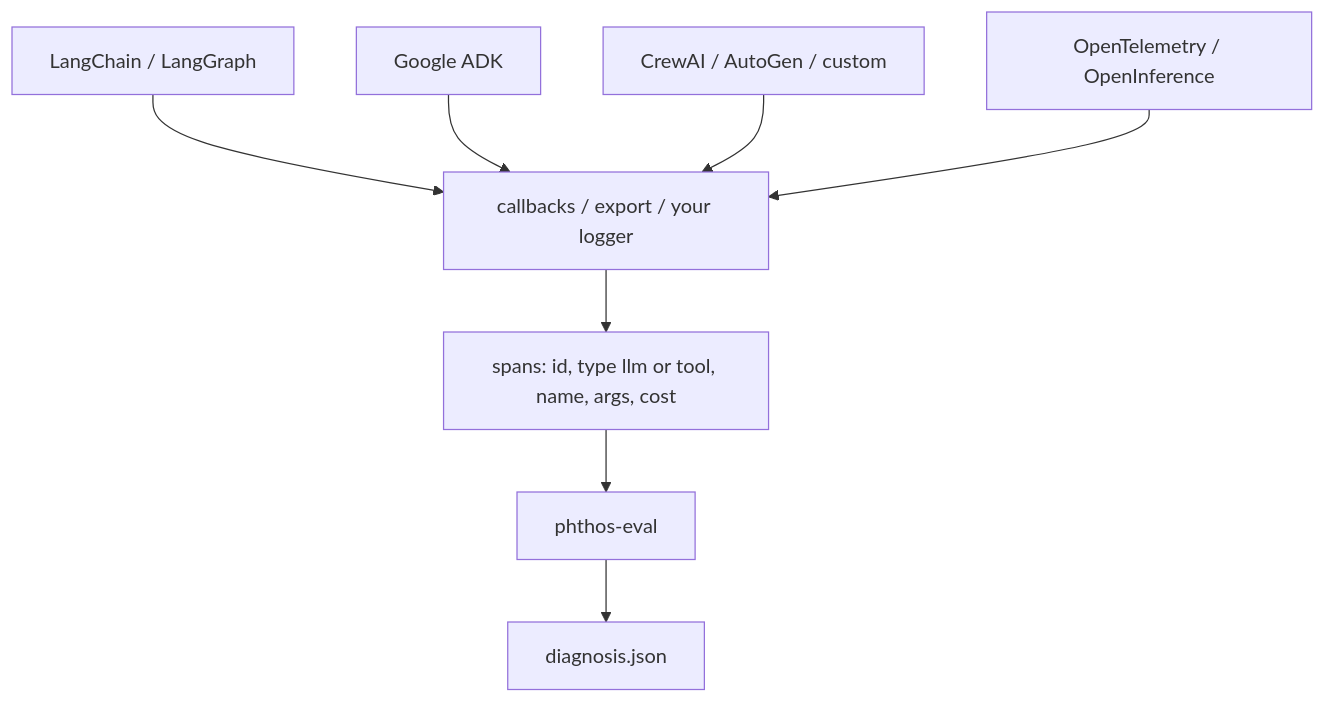
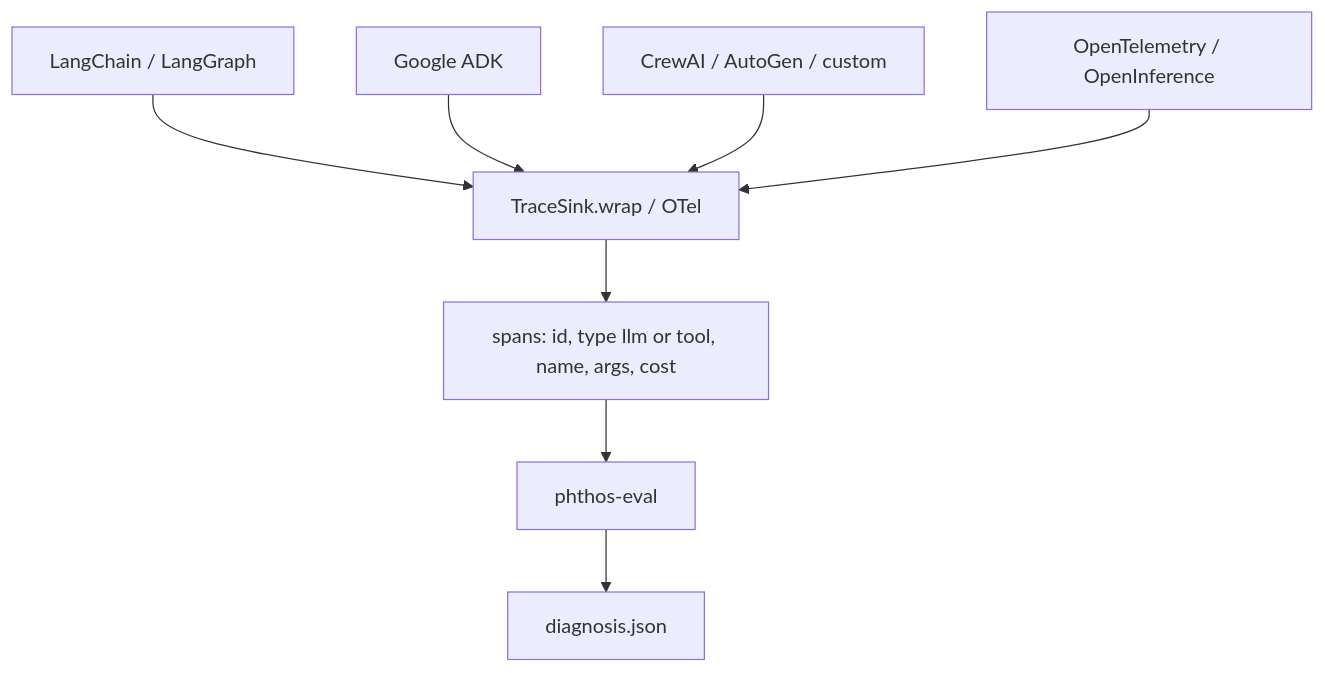
The second of 3 diagrams in README.md (PhthosAI/phthos-eval), drawn with Mermaid before and after one commit. The commit also changed other lines of this file and 10 other files, not shown here.

Commit message:
Add TraceSink.wrap so users do not copy an EvalSink class. (#13)

````diff
--- a/README.md
+++ b/README.md
@@ -80,14 +80,14 @@
 ```mermaid
 flowchart TB
   LC[LangChain / LangGraph]
   ADK[Google ADK]
   CR[CrewAI / AutoGen / custom]
   OT[OpenTelemetry / OpenInference]
-  LC --> MAP[callbacks / export / your logger]
+  LC --> MAP[TraceSink.wrap / OTel]
   ADK --> MAP
   CR --> MAP
   OT --> MAP
   MAP --> SP["spans: id, type llm or tool, name, args, cost"]
   SP --> PE[phthos-eval]
   PE --> DJ[diagnosis.json]
 ```
````
